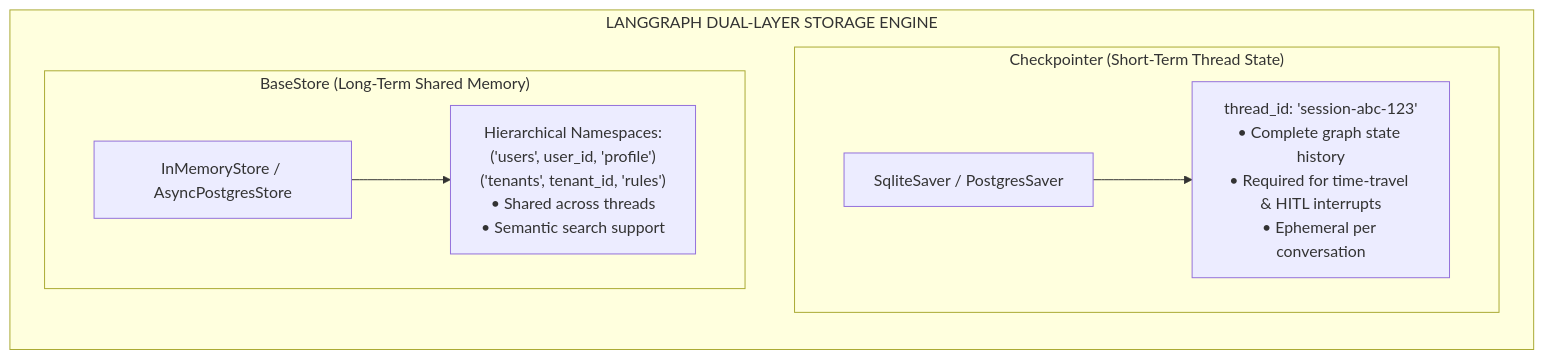
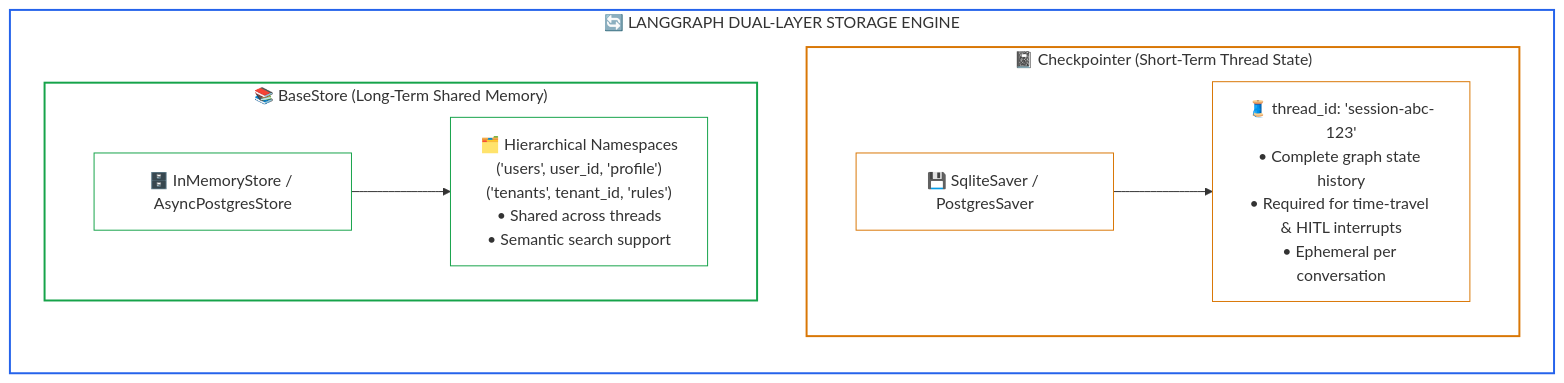
The ninth of 13 diagrams in 04-agentic-systems-and-orchestration/labs/lab5-agent-memory-system.md (dip4k/senior-engineer-to-ai-engineer-roadmap), drawn with Mermaid before and after one commit. The commit also changed other lines of this file and 94 other files, not shown here.

Commit message:
refactor(curriculum): complete Phase 04 upgrade and enforce diagram renderer invariants

````diff
--- a/04-agentic-systems-and-orchestration/labs/lab5-agent-memory-system.md
+++ b/04-agentic-systems-and-orchestration/labs/lab5-agent-memory-system.md
@@ -407,16 +485,24 @@
 ```mermaid
 flowchart TD
-    subgraph LangGraph["LANGGRAPH DUAL-LAYER STORAGE ENGINE"]
+    subgraph LangGraph["🔄 LANGGRAPH DUAL-LAYER STORAGE ENGINE"]
         direction TB
         
-        subgraph STM["Checkpointer (Short-Term Thread State)"]
-            CP["SqliteSaver / PostgresSaver"]
-            CP --> Thread["thread_id: 'session-abc-123'\n• Complete graph state history\n• Required for time-travel & HITL interrupts\n• Ephemeral per conversation"]
+        subgraph STM["📓 Checkpointer (Short-Term Thread State)"]
+            CP["💾 SqliteSaver / PostgresSaver"]
+            CP --> Thread["🧵 thread_id: 'session-abc-123'<br/>• Complete graph state history<br/>• Required for time-travel & HITL interrupts<br/>• Ephemeral per conversation"]
         end
         
-        subgraph LTM["BaseStore (Long-Term Shared Memory)"]
-            Store["InMemoryStore / AsyncPostgresStore"]
-            Store --> NS["Hierarchical Namespaces:\n('users', user_id, 'profile')\n('tenants', tenant_id, 'rules')\n• Shared across threads\n• Semantic search support"]
+        subgraph LTM["📚 BaseStore (Long-Term Shared Memory)"]
+            Store["🗄️ InMemoryStore / AsyncPostgresStore"]
+            Store --> NS["🗂️ Hierarchical Namespaces<br/>('users', user_id, 'profile')<br/>('tenants', tenant_id, 'rules')<br/>• Shared across threads<br/>• Semantic search support"]
         end
     end
+
+    style LangGraph fill:none,stroke:#2563eb,stroke-width:2px
+    style STM fill:none,stroke:#d97706,stroke-width:2px
+    style LTM fill:none,stroke:#16a34a,stroke-width:2px
+    style CP stroke:#d97706,stroke-width:1px,fill:none
+    style Thread stroke:#d97706,stroke-width:1px,fill:none
+    style Store stroke:#16a34a,stroke-width:1px,fill:none
+    style NS stroke:#16a34a,stroke-width:1px,fill:none
 ```
````
